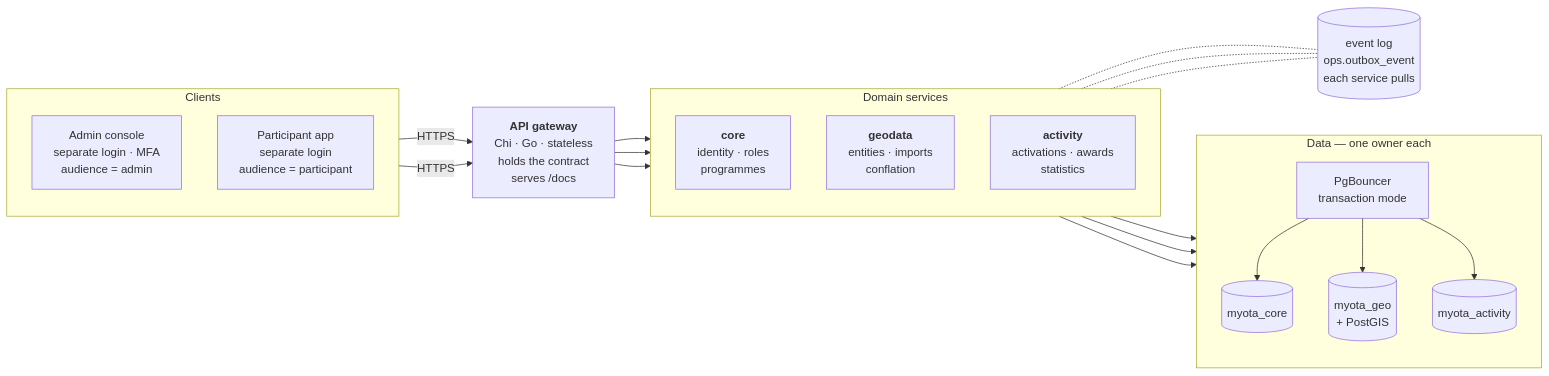
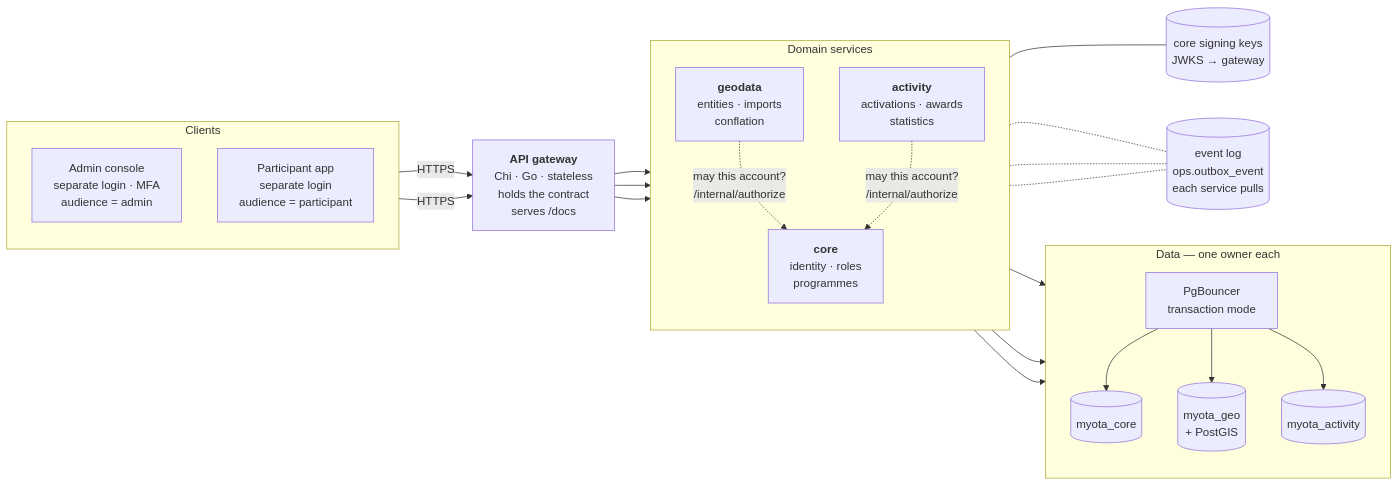
Before and after one commit to myota-platform/myota-new: the diagram in docs/architecture/README.md, drawn with Mermaid. The commit also changed 3 other files, not shown here.

````diff
--- a/docs/architecture/README.md
+++ b/docs/architecture/README.md
@@ -12,42 +12,46 @@
 ```mermaid
 flowchart LR
     subgraph clients["Clients"]
         direction TB
         admin["Admin console<br/>separate login · MFA<br/>audience = admin"]
         participant["Participant app<br/>separate login<br/>audience = participant"]
     end
 
     gateway["<b>API gateway</b><br/>Chi · Go · stateless<br/>holds the contract<br/>serves /docs"]
 
     subgraph services["Domain services"]
         direction TB
         core["<b>core</b><br/>identity · roles<br/>programmes"]
         geodata["<b>geodata</b><br/>entities · imports<br/>conflation"]
         activity["<b>activity</b><br/>activations · awards<br/>statistics"]
     end
 
     subgraph data["Data — one owner each"]
         direction TB
         pooler["PgBouncer<br/>transaction mode"]
         coreDb[("myota_core")]
         geoDb[("myota_geo<br/>+ PostGIS")]
         activityDb[("myota_activity")]
     end
 
     log[("event log<br/>ops.outbox_event<br/>each service pulls")]
+    keys[("core signing keys<br/>JWKS → gateway")]
 
     admin -->|HTTPS| gateway
     participant -->|HTTPS| gateway
     gateway --> core
     gateway --> geodata
     gateway --> activity
+    core --- keys
     core -.- log
     geodata -.- log
     activity -.- log
+    geodata -.->|"may this account?"<br/>/internal/authorize| core
+    activity -.->|"may this account?"<br/>/internal/authorize| core
     core --> pooler
     geodata --> pooler
     activity --> pooler
     pooler --> coreDb
     pooler --> geoDb
     pooler --> activityDb
 ```
````
